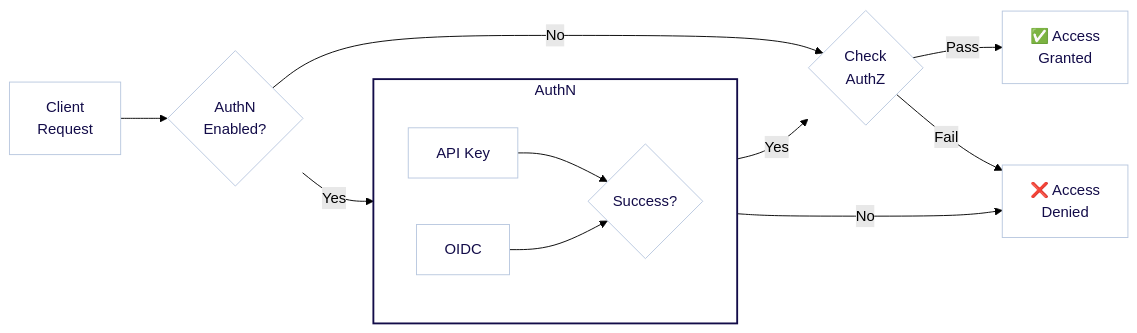
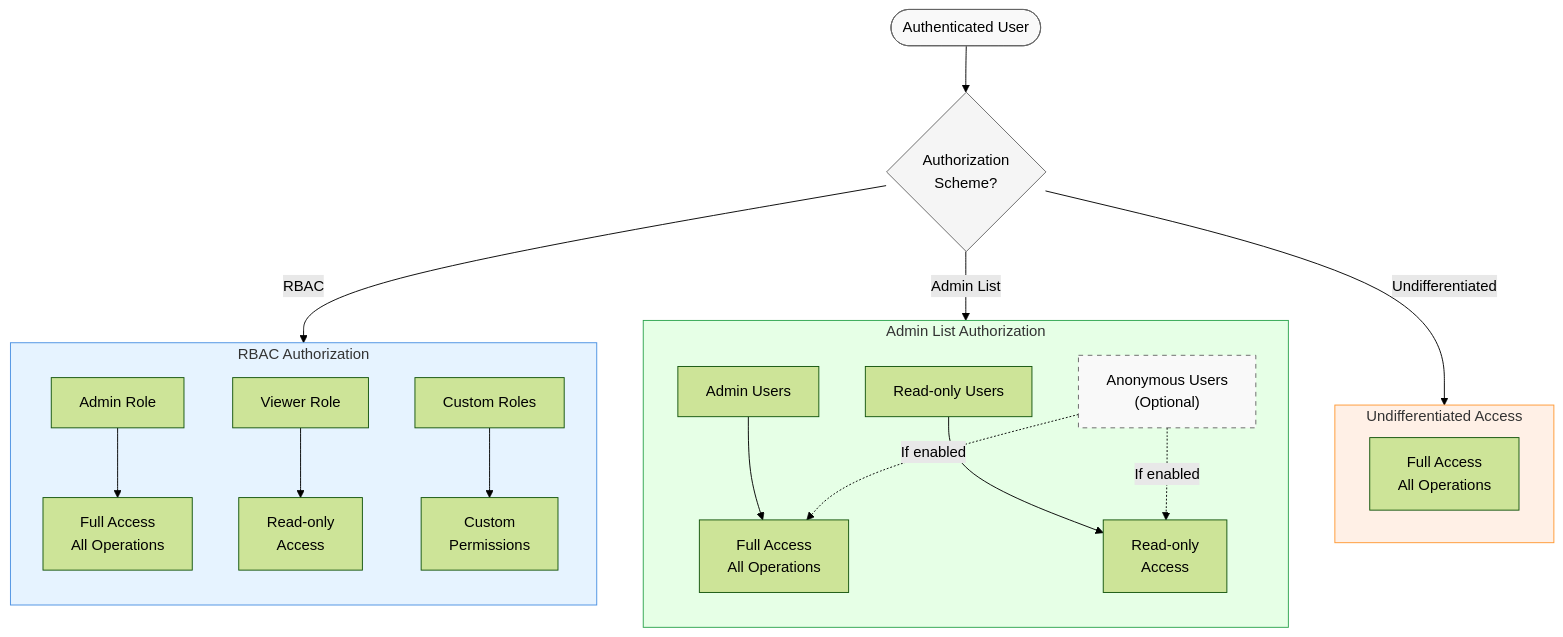
Before and after one commit to weaviate/weaviate-io: the diagram in developers/weaviate/configuration/authorization.md, drawn with Mermaid (forest theme). The commit also changed other lines of this file, not shown here.

Commit message:
minor updates

````diff
--- a/developers/weaviate/configuration/authorization.md
+++ b/developers/weaviate/configuration/authorization.md
@@ -16,42 +16,52 @@
 ```mermaid
-flowchart LR
-    %% Define main nodes
-    Request["Client\nRequest"]
-    AuthCheck{"AuthN\nEnabled?"}
-    AccessCheck{"Check\nAuthZ"}
-    Access["✅ Access\nGranted"]
-    Denied["❌ Access\nDenied"]
+flowchart TB
+    User(["Authenticated User"]) --> AuthScheme{"Authorization\nScheme?"}
 
-    %% Define authentication method nodes
-    subgraph auth ["AuthN"]
-        direction LR
-        API["API Key"]
-        OIDC["OIDC"]
-        AuthResult{"Success?"}
+    subgraph rbac ["RBAC Authorization"]
+        direction TB
+        AdminRole["Admin Role"]
+        ViewerRole["Viewer Role"]
+        CustomRole["Custom Roles"]
+
+        Perms1["Full Access\nAll Operations"]
+        Perms2["Read-only\nAccess"]
+        Perms3["Custom\nPermissions"]
+
+        AdminRole --> Perms1
+        ViewerRole --> Perms2
+        CustomRole --> Perms3
     end
 
-    %% Define connections
-    Request --> AuthCheck
-    AuthCheck -->|"No"| AccessCheck
-    AuthCheck -->|"Yes"| auth
-    API --> AuthResult
-    OIDC --> AuthResult
-    AuthResult -->|"Yes"| AccessCheck
-    AuthResult -->|"No"| Denied
+    subgraph adminlist ["Admin List Authorization"]
+        direction TB
+        AdminUser["Admin Users"]
+        ReadOnly["Read-only Users"]
+        AnonUser["Anonymous Users\n(Optional)"]
 
-    AccessCheck -->|"Pass"| Access
-    AccessCheck -->|"Fail"| Denied
+        AllPerms["Full Access\nAll Operations"]
+        ReadPerms["Read-only\nAccess"]
+
+        AdminUser --> AllPerms
+        ReadOnly --> ReadPerms
+        AnonUser -.->|"If enabled"| AllPerms
+        AnonUser -.->|"If enabled"| ReadPerms
+    end
+
+    subgraph undiffer ["Undifferentiated Access"]
+        AllAccess["Full Access\nAll Operations"]
+    end
+
+    AuthScheme -->|"RBAC"| rbac
+    AuthScheme -->|"Admin List"| adminlist
+    AuthScheme -->|"Undifferentiated"| undiffer
 
     %% Style nodes
-    style Request fill:#ffffff,stroke:#B9C8DF,color:#130C49
-    style AuthCheck fill:#ffffff,stroke:#B9C8DF,color:#130C49
-    style AccessCheck fill:#ffffff,stroke:#B9C8DF,color:#130C49
-    style Access fill:#ffffff,stroke:#B9C8DF,color:#130C49
-    style Denied fill:#ffffff,stroke:#B9C8DF,color:#130C49
-    style API fill:#ffffff,stroke:#B9C8DF,color:#130C49
-    style OIDC fill:#ffffff,stroke:#B9C8DF,color:#130C49
-    style AuthResult fill:#ffffff,stroke:#B9C8DF,color:#130C49
+    style User fill:#f9f9f9,stroke:#666
+    style AuthScheme fill:#f5f5f5,stroke:#666
+    style AnonUser fill:#f9f9f9,stroke:#666,stroke-dasharray: 5 5
 
-    %% Style subgraph
-    style auth fill:#ffffff,stroke:#130C49,stroke-width:2px,color:#130C49
+    %% Style subgraphs
+    style rbac fill:#e6f3ff,stroke:#4a90e2
+    style adminlist fill:#e6ffe6,stroke:#2ea44f
+    style undiffer fill:#fff0e6,stroke:#ff9933
 ```
````
